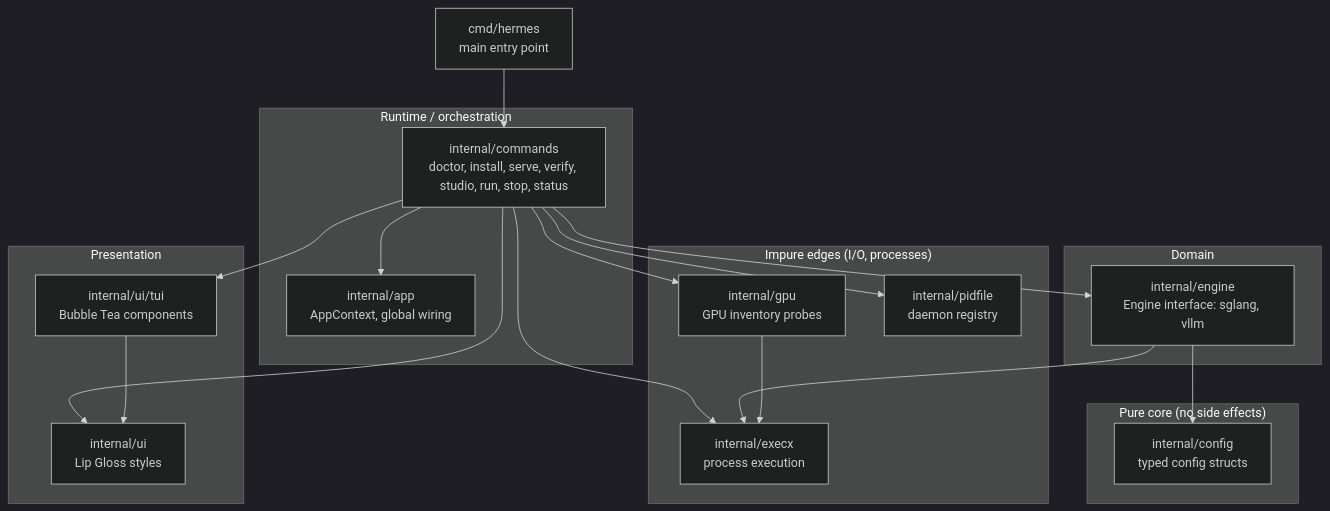
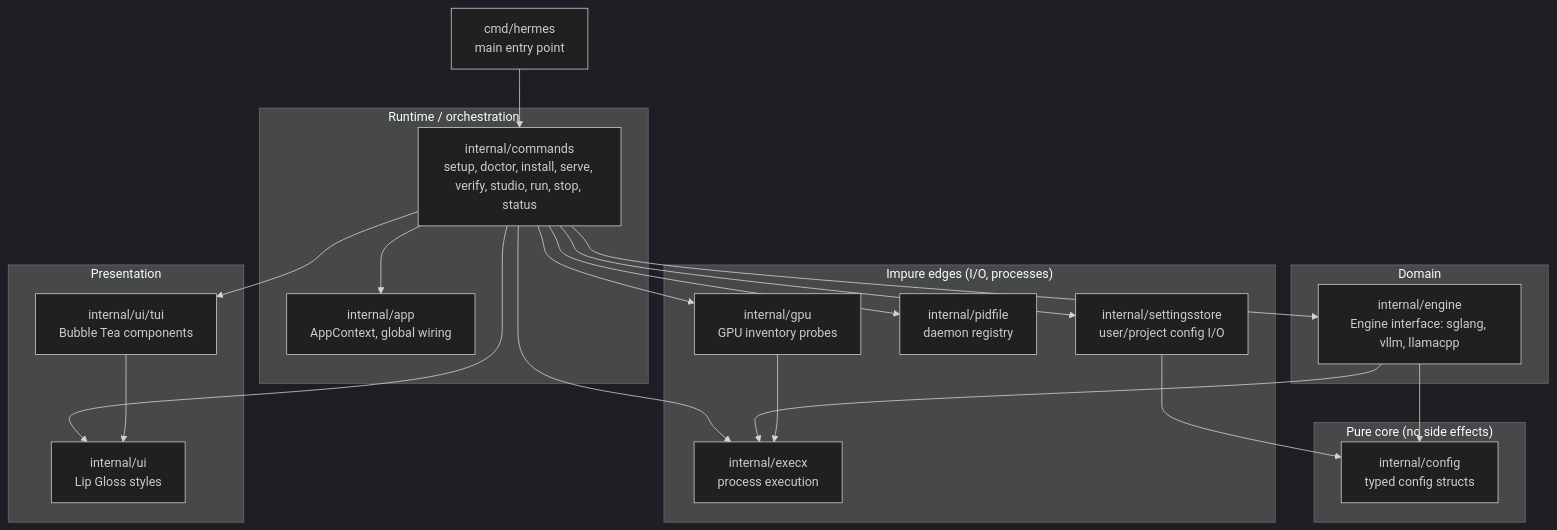
Before and after one commit to svngoku/hermes-cli: the second of 5 diagrams in docs/ARCHITECTURE.md, drawn with Mermaid (dark theme). The commit also changed other lines of this file and 34 other files, not shown here.

````diff
--- a/docs/ARCHITECTURE.md
+++ b/docs/ARCHITECTURE.md
@@ -38,36 +38,39 @@
 ```mermaid
 flowchart TD
     subgraph Core["Pure core (no side effects)"]
         config[internal/config<br/>typed config structs]
     end
     subgraph Domain["Domain"]
-        engine[internal/engine<br/>Engine interface: sglang, vllm]
+        engine[internal/engine<br/>Engine interface: sglang, vllm, llamacpp]
     end
     subgraph Runtime["Runtime / orchestration"]
-        commands[internal/commands<br/>doctor, install, serve, verify, studio, run, stop, status]
+        commands[internal/commands<br/>setup, doctor, install, serve, verify, studio, run, stop, status]
         app[internal/app<br/>AppContext, global wiring]
     end
     subgraph Edges["Impure edges (I/O, processes)"]
         execx[internal/execx<br/>process execution]
         gpu[internal/gpu<br/>GPU inventory probes]
         pidfile[internal/pidfile<br/>daemon registry]
+        settingsstore[internal/settingsstore<br/>user/project config I/O]
     end
     subgraph UI["Presentation"]
         ui[internal/ui<br/>Lip Gloss styles]
         tui[internal/ui/tui<br/>Bubble Tea components]
     end
     entry[cmd/hermes<br/>main entry point]
 
     entry --> commands
     commands --> app
     commands --> engine
     commands --> execx
     commands --> gpu
     commands --> pidfile
+    commands --> settingsstore
     commands --> ui
     commands --> tui
     engine --> config
     engine --> execx
     gpu --> execx
+    settingsstore --> config
     tui --> ui
 ```
````
